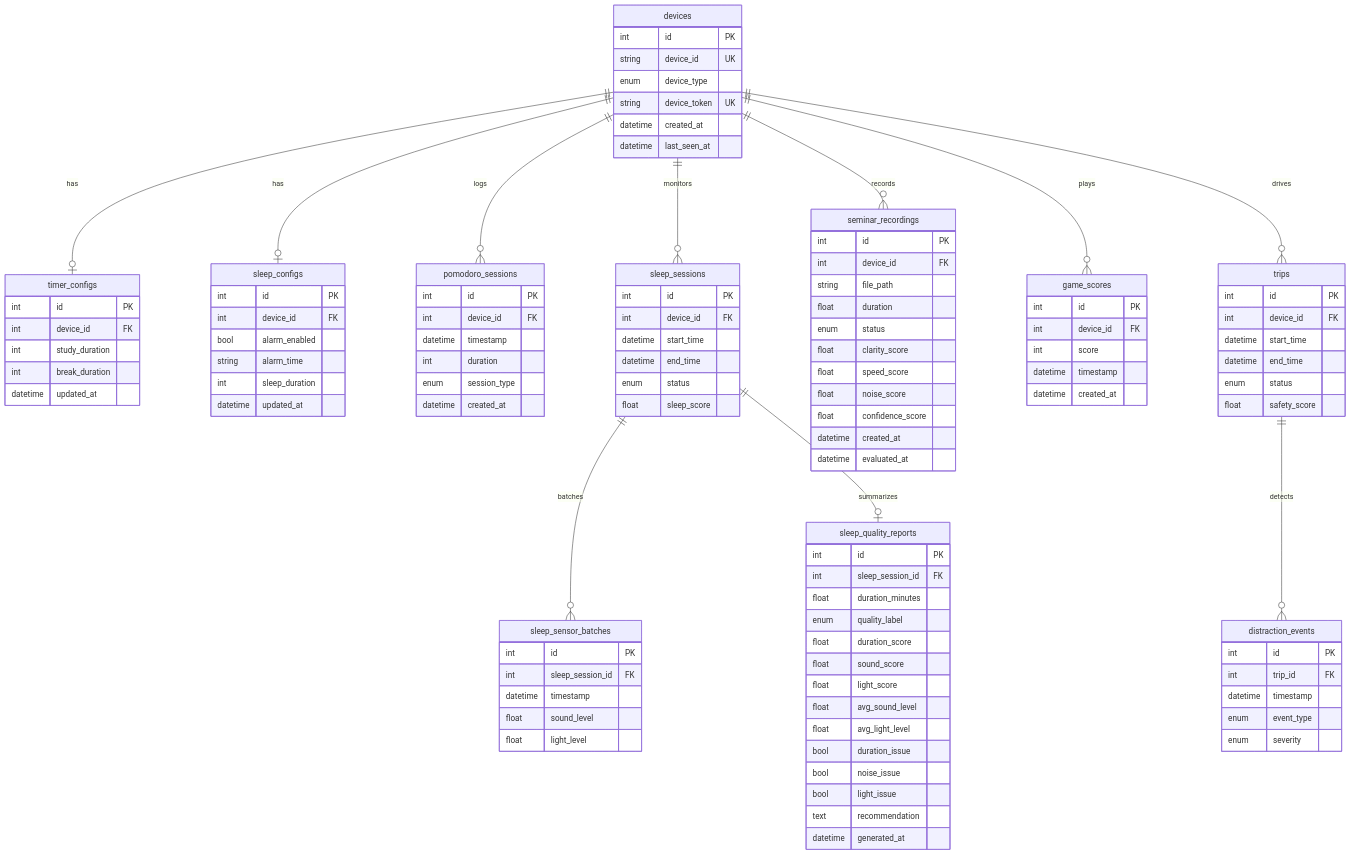
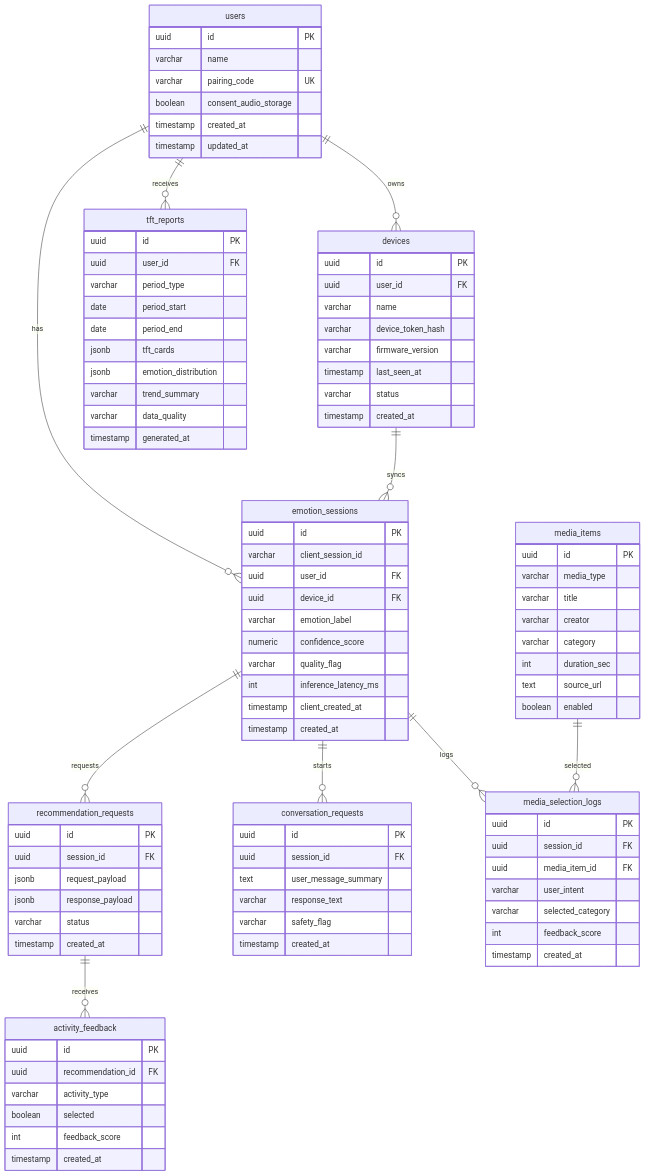
The diagram in docs/database/DATABASE.md (Computer-Vision-HCMUS/AIoT-Server), drawn with Mermaid before and after one commit. The commit also changed other lines of this file and 36 other files, not shown here.

````diff
--- a/docs/database/DATABASE.md
+++ b/docs/database/DATABASE.md
@@ -86,121 +58,109 @@
 ```mermaid
 erDiagram
-    devices {
-        int id PK
-        string device_id UK
-        enum device_type
-        string device_token UK
-        datetime created_at
-        datetime last_seen_at
+    users ||--o{ devices : owns
+    users ||--o{ emotion_sessions : has
+    users ||--o{ tft_reports : receives
+
+    devices ||--o{ emotion_sessions : syncs
+
+    emotion_sessions ||--o{ recommendation_requests : requests
+    recommendation_requests ||--o{ activity_feedback : receives
+
+    emotion_sessions ||--o{ conversation_requests : starts
+    emotion_sessions ||--o{ media_selection_logs : logs
+    media_items ||--o{ media_selection_logs : selected
+
+    users {
+        uuid id PK
+        varchar name
+        varchar pairing_code UK
+        boolean consent_audio_storage
+        timestamp created_at
+        timestamp updated_at
     }
 
-    timer_configs {
-        int id PK
-        int device_id FK
-        int study_duration
-        int break_duration
-        datetime updated_at
+    devices {
+        uuid id PK
+        uuid user_id FK
+        varchar name
+        varchar device_token_hash
+        varchar firmware_version
+        timestamp last_seen_at
+        varchar status
+        timestamp created_at
     }
 
-    sleep_configs {
-        int id PK
-        int device_id FK
-        bool alarm_enabled
-        string alarm_time
-        int sleep_duration
-        datetime updated_at
+    emotion_sessions {
+        uuid id PK
+        varchar client_session_id
+        uuid user_id FK
+        uuid device_id FK
+        varchar emotion_label
+        numeric confidence_score
+        varchar quality_flag
+        int inference_latency_ms
+        timestamp client_created_at
+        timestamp created_at
     }
 
-    pomodoro_sessions {
-        int id PK
-        int device_id FK
-        datetime timestamp
-        int duration
-        enum session_type
-        datetime created_at
+    recommendation_requests {
+        uuid id PK
+        uuid session_id FK
+        jsonb request_payload
+        jsonb response_payload
+        varchar status
+        timestamp created_at
     }
 
-    sleep_sessions {
-        int id PK
-        int device_id FK
-        datetime start_time
-        datetime end_time
-        enum status
-        float sleep_score
+    activity_feedback {
+        uuid id PK
+        uuid recommendation_id FK
+        varchar activity_type
+        boolean selected
+        int feedback_score
+        timestamp created_at
     }
 
-    sleep_sensor_batches {
-        int id PK
-        int sleep_session_id FK
-        datetime timestamp
-        float sound_level
-        float light_level
+    media_items {
+        uuid id PK
+        varchar media_type
+        varchar title
+        varchar creator
+        varchar category
+        int duration_sec
+        text source_url
+        boolean enabled
     }
 
-    sleep_quality_reports {
-        int id PK
-        int sleep_session_id FK
-        float duration_minutes
-        enum quality_label
-        float duration_score
-        float sound_score
-        float light_score
-        float avg_sound_level
-        float avg_light_level
-        bool duration_issue
-        bool noise_issue
-        bool light_issue
-        text recommendation
-        datetime generated_at
+    media_selection_logs {
+        uuid id PK
+        uuid session_id FK
+        uuid media_item_id FK
+        varchar user_intent
+        varchar selected_category
+        int feedback_score
+        timestamp created_at
     }
 
-    seminar_recordings {
-        int id PK
-        int device_id FK
-        string file_path
-        float duration
-        enum status
-        float clarity_score
-        float speed_score
-        float noise_score
-        float confidence_score
-        datetime created_at
-        datetime evaluated_at
+    conversation_requests {
+        uuid id PK
+        uuid session_id FK
+        text user_message_summary
+        varchar response_text
+        varchar safety_flag
+        timestamp created_at
     }
 
-    game_scores {
-        int id PK
-        int device_id FK
-        int score
-        datetime timestamp
-        datetime created_at
+    tft_reports {
+        uuid id PK
+        uuid user_id FK
+        varchar period_type
+        date period_start
+        date period_end
+        jsonb tft_cards
+        jsonb emotion_distribution
+        varchar trend_summary
+        varchar data_quality
+        timestamp generated_at
     }
-
-    trips {
-        int id PK
-        int device_id FK
-        datetime start_time
-        datetime end_time
-        enum status
-        float safety_score
-    }
-
-    distraction_events {
-        int id PK
-        int trip_id FK
-        datetime timestamp
-        enum event_type
-        enum severity
-    }
-
-    devices ||--o| timer_configs : has
-    devices ||--o| sleep_configs : has
-    devices ||--o{ pomodoro_sessions : logs
-    devices ||--o{ sleep_sessions : monitors
-    devices ||--o{ seminar_recordings : records
-    devices ||--o{ game_scores : plays
-    devices ||--o{ trips : drives
-    sleep_sessions ||--o{ sleep_sensor_batches : batches
-    sleep_sessions ||--o| sleep_quality_reports : summarizes
-    trips ||--o{ distraction_events : detects
 ```
````
